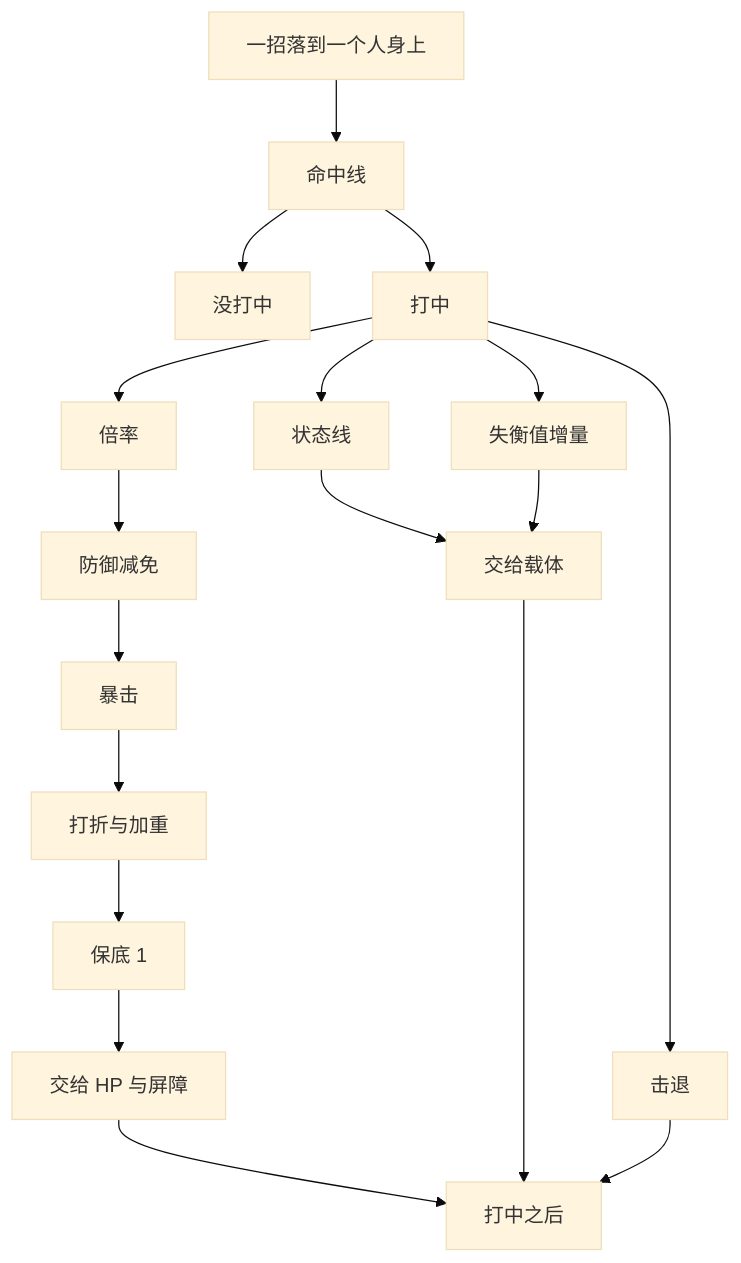
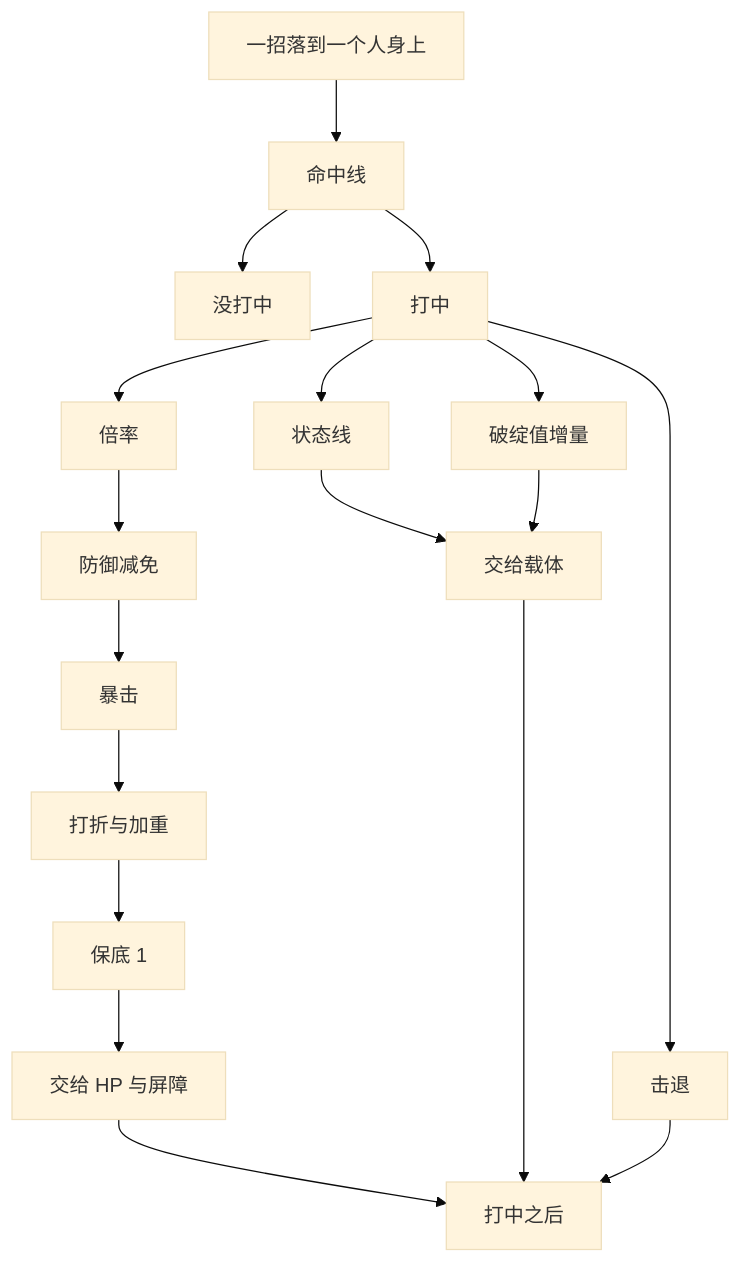
The diagram in design/伤害系统.md (haohaoxuexiHAOHAO/Tinderhearth-The-Last-Class-Docs), drawn with Mermaid (base theme) before and after one commit. The commit also changed other lines of this file and 60 other files, not shown here.

````diff
--- a/design/伤害系统.md
+++ b/design/伤害系统.md
@@ -79,20 +81,20 @@
 ```mermaid
 flowchart TD
     落到["一招落到一个人身上"] --> 命中线
     命中线 --> 没打中
     命中线 --> 打中
     打中 --> 倍率
     倍率 --> 防御减免
     防御减免 --> 暴击
     暴击 --> 打折["打折与加重"]
     打折 --> 保底["保底 1"]
     保底 --> HP["交给 HP 与屏障"]
     打中 --> 状态线
-    打中 --> 失衡["失衡值增量"]
+    打中 --> 破绽["破绽值增量"]
     打中 --> 击退
     状态线 --> 载体["交给载体"]
-    失衡 --> 载体
+    破绽 --> 载体
     HP --> 之后["打中之后"]
     载体 --> 之后
     击退 --> 之后
 ```
````
